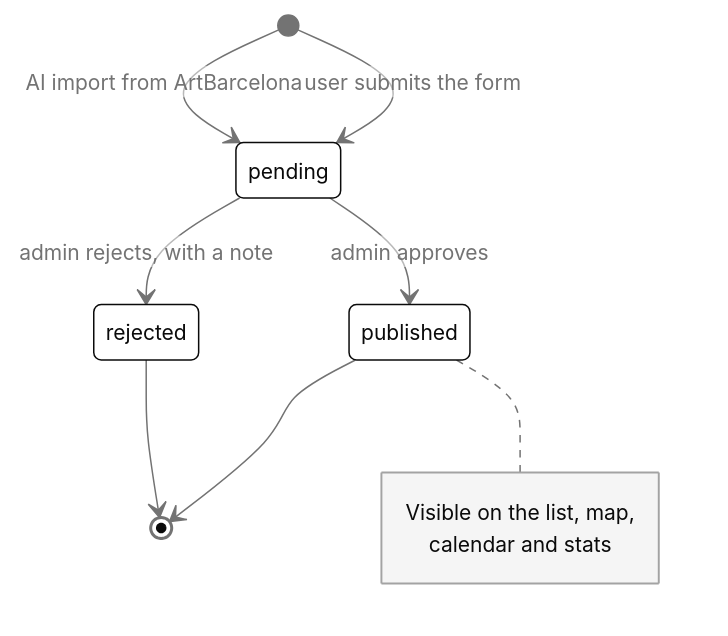
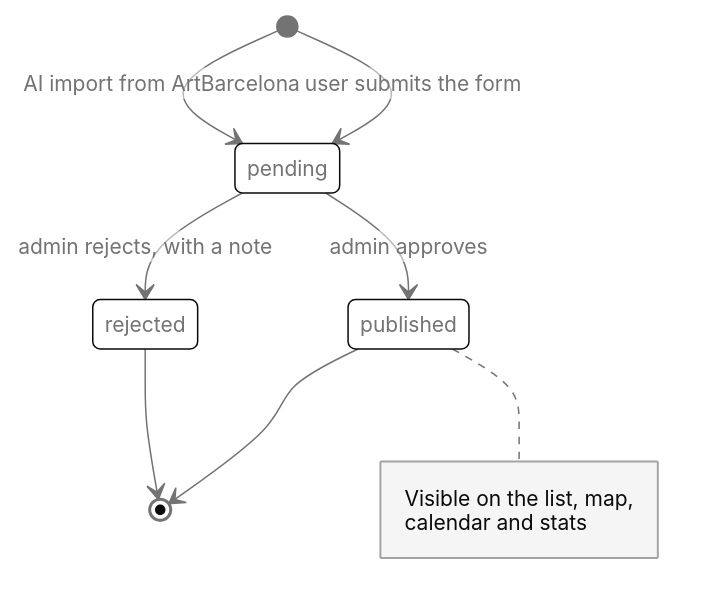
The seventh of 9 diagrams in README.md (juannarowe/artroute), drawn with Mermaid before and after one commit. The commit also changed other lines of this file, not shown here.

Commit message:
docs: draw diagram labels as SVG text so GitHub does not clip them

````diff
--- a/README.md
+++ b/README.md
@@ -323,14 +323,14 @@
 ```mermaid
-%%{init: {"theme": "base", "flowchart": {"htmlLabels": false, "padding": 16}, "themeVariables": {"fontSize": "14px", "primaryColor": "#ffffff", "primaryTextColor": "#0a0a0a", "primaryBorderColor": "#0a0a0a", "secondaryColor": "#f5f5f5", "tertiaryColor": "#fafafa", "lineColor": "#737373", "textColor": "#737373", "clusterBkg": "#fafafa", "clusterBorder": "#a3a3a3", "titleColor": "#0a0a0a", "edgeLabelBackground": "#ffffff", "actorBkg": "#ffffff", "actorBorder": "#0a0a0a", "actorTextColor": "#0a0a0a", "actorLineColor": "#a3a3a3", "signalColor": "#737373", "signalTextColor": "#737373", "noteBkgColor": "#f5f5f5", "noteBorderColor": "#a3a3a3", "noteTextColor": "#0a0a0a", "labelBoxBkgColor": "#ffffff", "labelBoxBorderColor": "#0a0a0a", "labelTextColor": "#0a0a0a", "loopTextColor": "#737373", "activationBkgColor": "#f5f5f5", "activationBorderColor": "#0a0a0a", "attributeBackgroundColorOdd": "#ffffff", "attributeBackgroundColorEven": "#f5f5f5"}}}%%
+%%{init: {"theme": "base", "htmlLabels": false, "flowchart": {"htmlLabels": false, "padding": 16, "wrappingWidth": 400}, "themeVariables": {"fontSize": "14px", "primaryColor": "#ffffff", "primaryTextColor": "#0a0a0a", "primaryBorderColor": "#0a0a0a", "secondaryColor": "#f5f5f5", "tertiaryColor": "#fafafa", "lineColor": "#737373", "textColor": "#737373", "clusterBkg": "#fafafa", "clusterBorder": "#a3a3a3", "titleColor": "#0a0a0a", "edgeLabelBackground": "#ffffff", "actorBkg": "#ffffff", "actorBorder": "#0a0a0a", "actorTextColor": "#0a0a0a", "actorLineColor": "#a3a3a3", "signalColor": "#737373", "signalTextColor": "#737373", "noteBkgColor": "#f5f5f5", "noteBorderColor": "#a3a3a3", "noteTextColor": "#0a0a0a", "labelBoxBkgColor": "#ffffff", "labelBoxBorderColor": "#0a0a0a", "labelTextColor": "#0a0a0a", "loopTextColor": "#737373", "activationBkgColor": "#f5f5f5", "activationBorderColor": "#0a0a0a", "attributeBackgroundColorOdd": "#ffffff", "attributeBackgroundColorEven": "#f5f5f5"}}}%%
 stateDiagram-v2
   [*] --> pending : user submits the form
   [*] --> pending : AI import from ArtBarcelona
   pending --> published : admin approves
   pending --> rejected : admin rejects, with a note
   published --> [*]
   rejected --> [*]
   note right of published
     Visible on the list, map,
     calendar and stats
   end note
 ```
````
